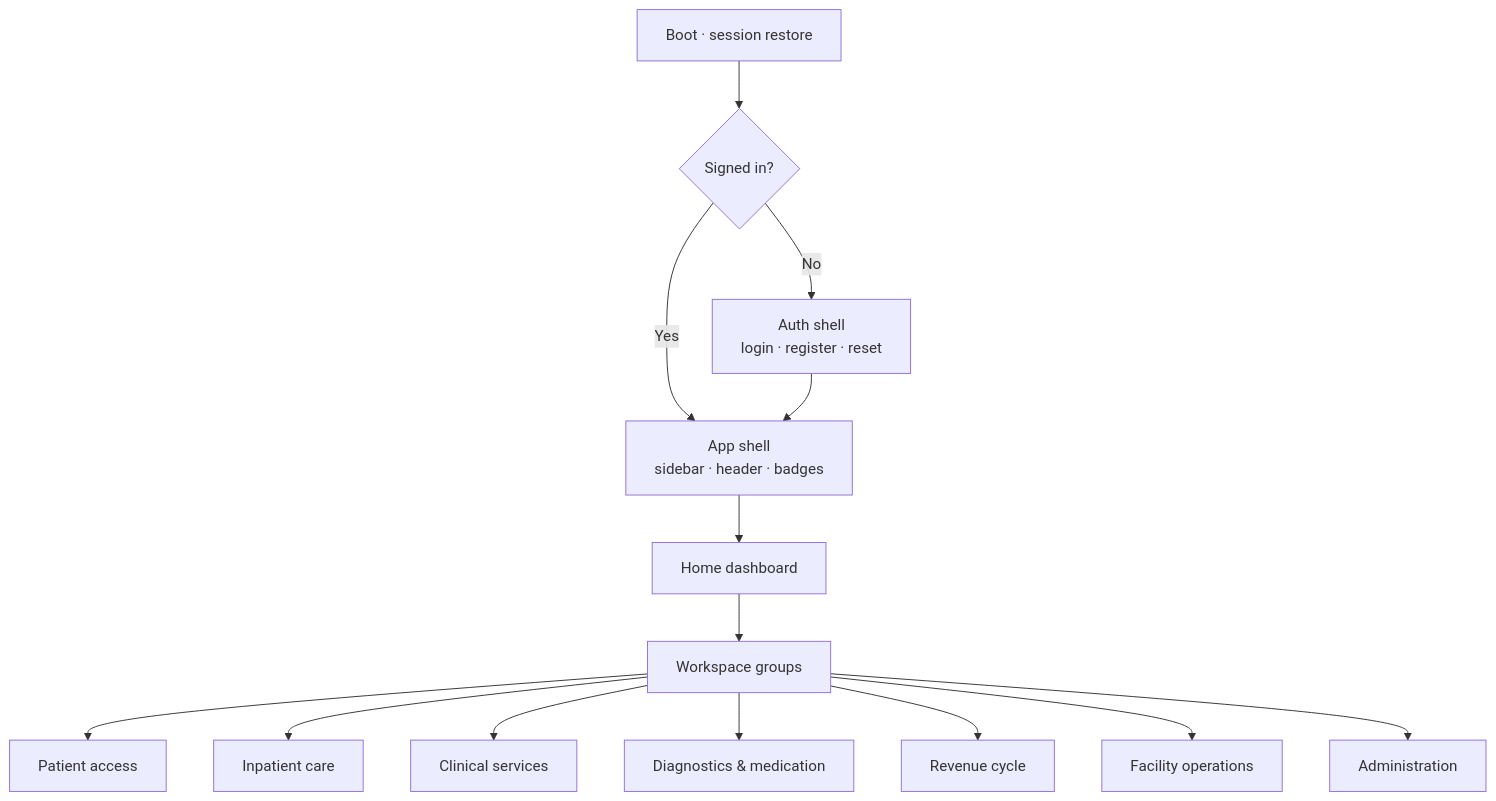
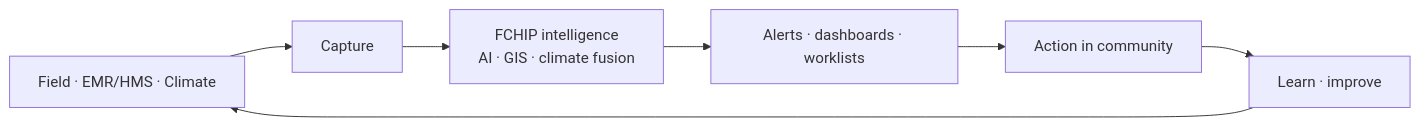
One commit to WASSWA2624/fchip changed the diagram in app-flows/README.md. Above: the diagram before and after it, drawn with Mermaid. The commit also changed other lines of this file and 19 other files, not shown here.

````diff
--- a/app-flows/README.md
+++ b/app-flows/README.md
@@ -9,16 +13,9 @@
 ```mermaid
-flowchart TB
-  BOOT[Boot · session restore] --> AUTH{Signed in?}
-  AUTH -->|No| LOGIN[Auth shell<br/>login · register · reset]
-  AUTH -->|Yes| SHELL[App shell<br/>sidebar · header · badges]
-  LOGIN --> SHELL
-  SHELL --> HOME[Home dashboard]
-  HOME --> GROUPS[Workspace groups]
-  GROUPS --> PA[Patient access]
-  GROUPS --> IP[Inpatient care]
-  GROUPS --> CS[Clinical services]
-  GROUPS --> DX[Diagnostics & medication]
-  GROUPS --> RV[Revenue cycle]
-  GROUPS --> FO[Facility operations]
-  GROUPS --> AD[Administration]
+flowchart LR
+  S[Field · EMR/HMS · Climate] --> C[Capture]
+  C --> I[FCHIP intelligence<br/>AI · GIS · climate fusion]
+  I --> A[Alerts · dashboards · worklists]
+  A --> X[Action in community]
+  X --> L[Learn · improve]
+  L --> S
 ```
````
